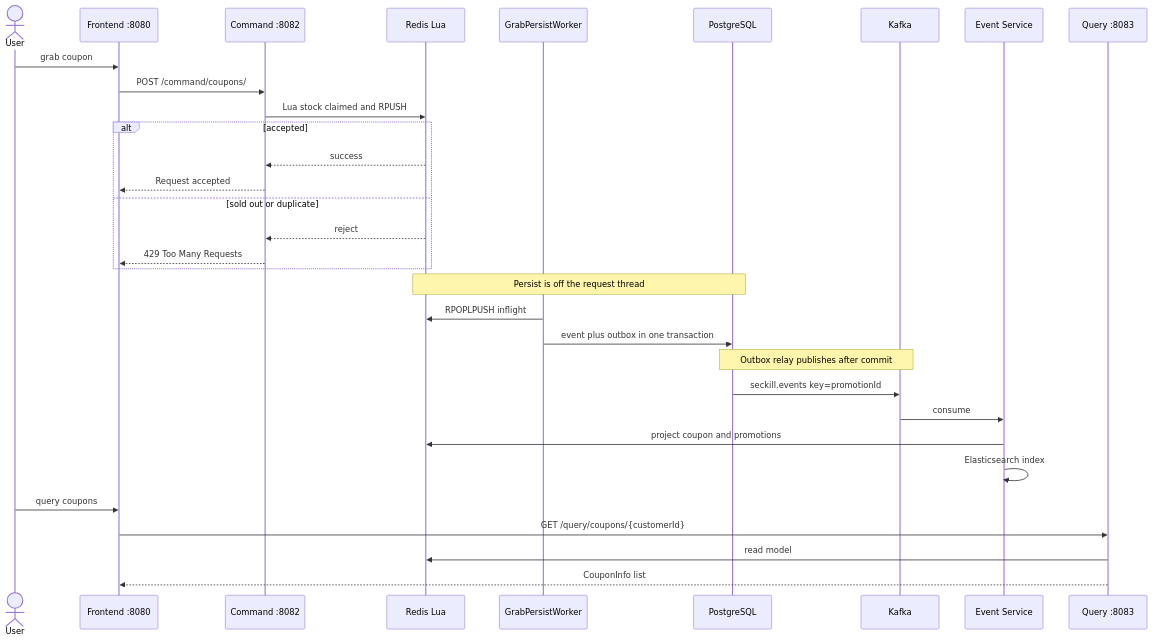
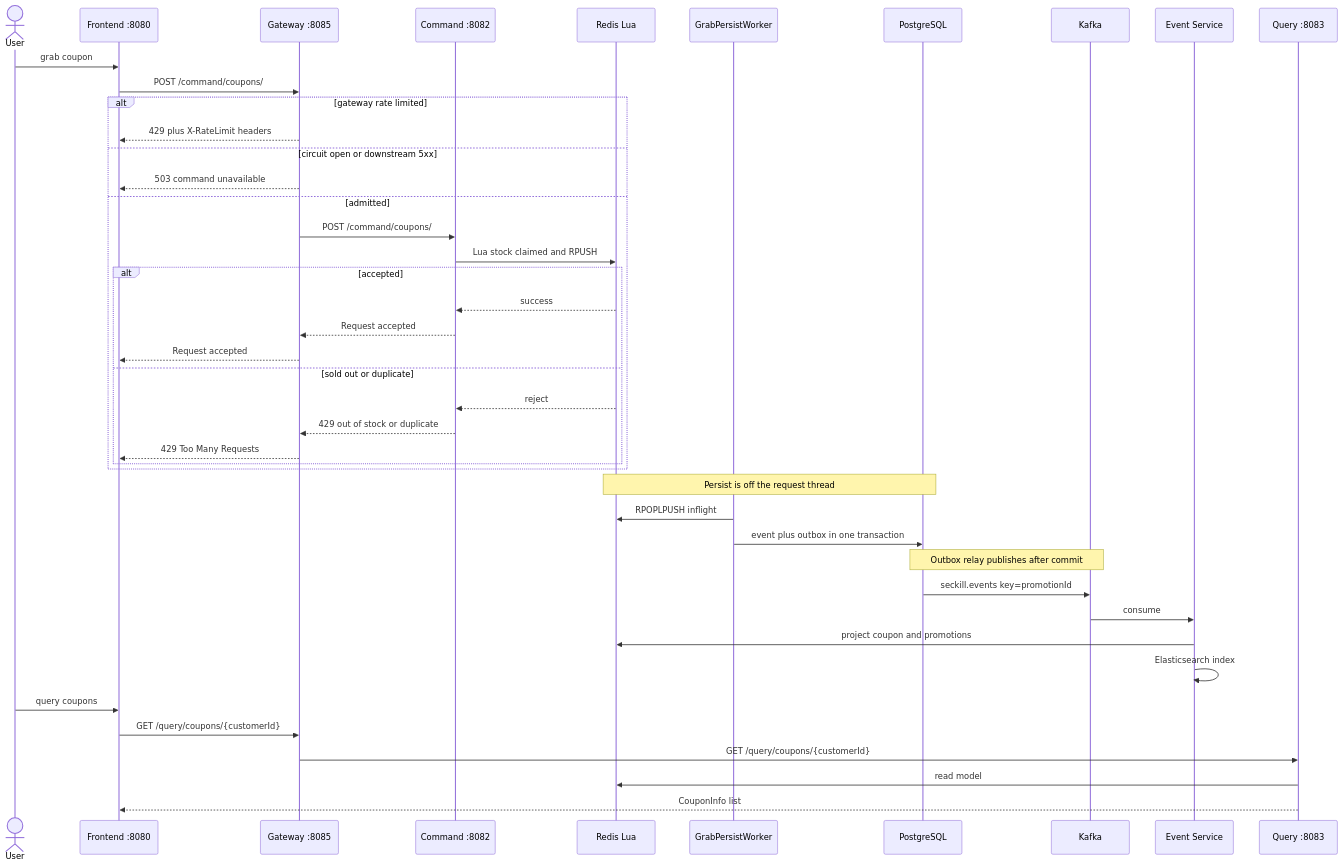
One commit to fanqingsong/seckill changed the third of 3 diagrams in README.md. Above: the diagram before and after it, drawn with Mermaid. The commit also changed other lines of this file and 17 other files, not shown here.

First line of the commit message:
Add a Spring Cloud Gateway for per-IP rate limits and circuit breaking.

````diff
--- a/README.md
+++ b/README.md
@@ -105,37 +108,48 @@
 ```mermaid
 sequenceDiagram
   actor User
   participant FE as Frontend :8080
+  participant GW as Gateway :8085
   participant Cmd as Command :8082
   participant Redis as Redis Lua
   participant Worker as GrabPersistWorker
   participant PG as PostgreSQL
   participant Kafka as Kafka
   participant Event as Event Service
   participant Query as Query :8083
 
   User->>FE: grab coupon
-  FE->>Cmd: POST /command/coupons/
-  Cmd->>Redis: Lua stock claimed and RPUSH
-  alt accepted
-    Redis-->>Cmd: success
-    Cmd-->>FE: Request accepted
-  else sold out or duplicate
-    Redis-->>Cmd: reject
-    Cmd-->>FE: 429 Too Many Requests
+  FE->>GW: POST /command/coupons/
+  alt gateway rate limited
+    GW-->>FE: 429 plus X-RateLimit headers
+  else circuit open or downstream 5xx
+    GW-->>FE: 503 command unavailable
+  else admitted
+    GW->>Cmd: POST /command/coupons/
+    Cmd->>Redis: Lua stock claimed and RPUSH
+    alt accepted
+      Redis-->>Cmd: success
+      Cmd-->>GW: Request accepted
+      GW-->>FE: Request accepted
+    else sold out or duplicate
+      Redis-->>Cmd: reject
+      Cmd-->>GW: 429 out of stock or duplicate
+      GW-->>FE: 429 Too Many Requests
+    end
   end
 
   Note over Redis,PG: Persist is off the request thread
   Worker->>Redis: RPOPLPUSH inflight
   Worker->>PG: event plus outbox in one transaction
   Note over PG,Kafka: Outbox relay publishes after commit
   PG->>Kafka: seckill.events key=promotionId
   Kafka->>Event: consume
   Event->>Redis: project coupon and promotions
   Event->>Event: Elasticsearch index
 
   User->>FE: query coupons
-  FE->>Query: GET /query/coupons/{customerId}
+  FE->>GW: GET /query/coupons/{customerId}
+  GW->>Query: GET /query/coupons/{customerId}
   Query->>Redis: read model
   Query-->>FE: CouponInfo list
 ```
````
